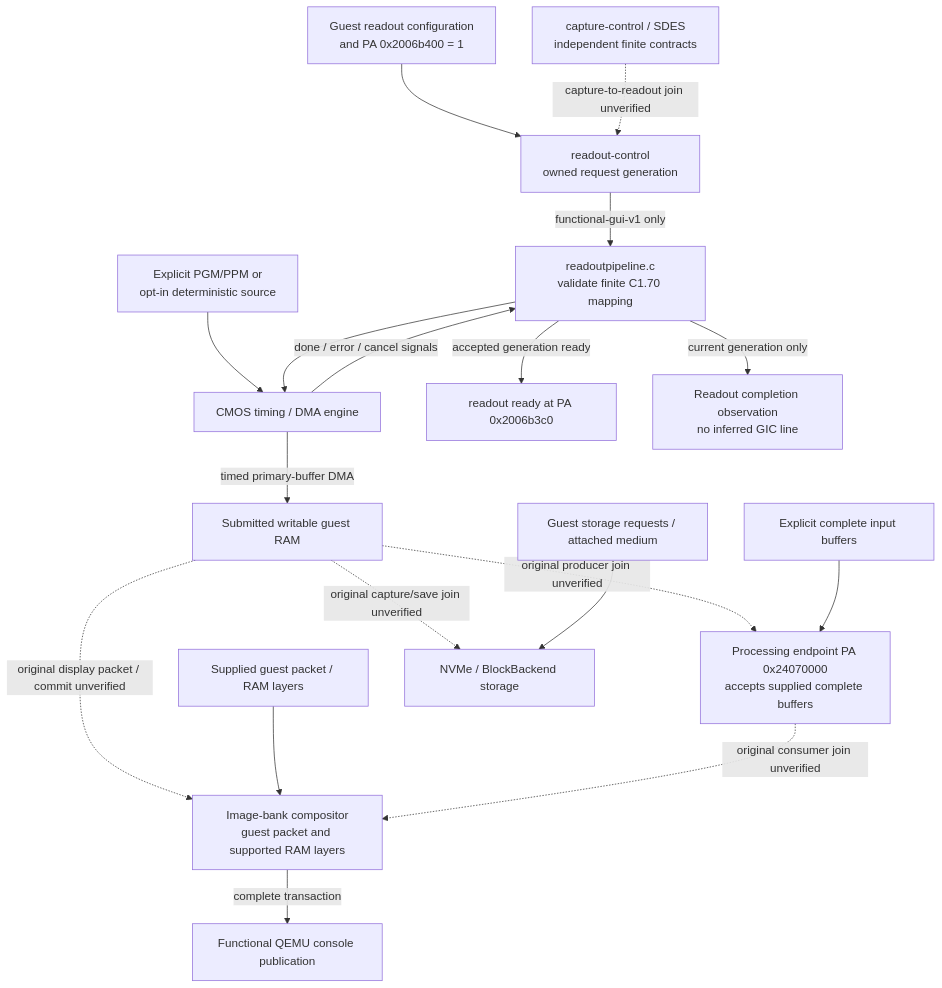
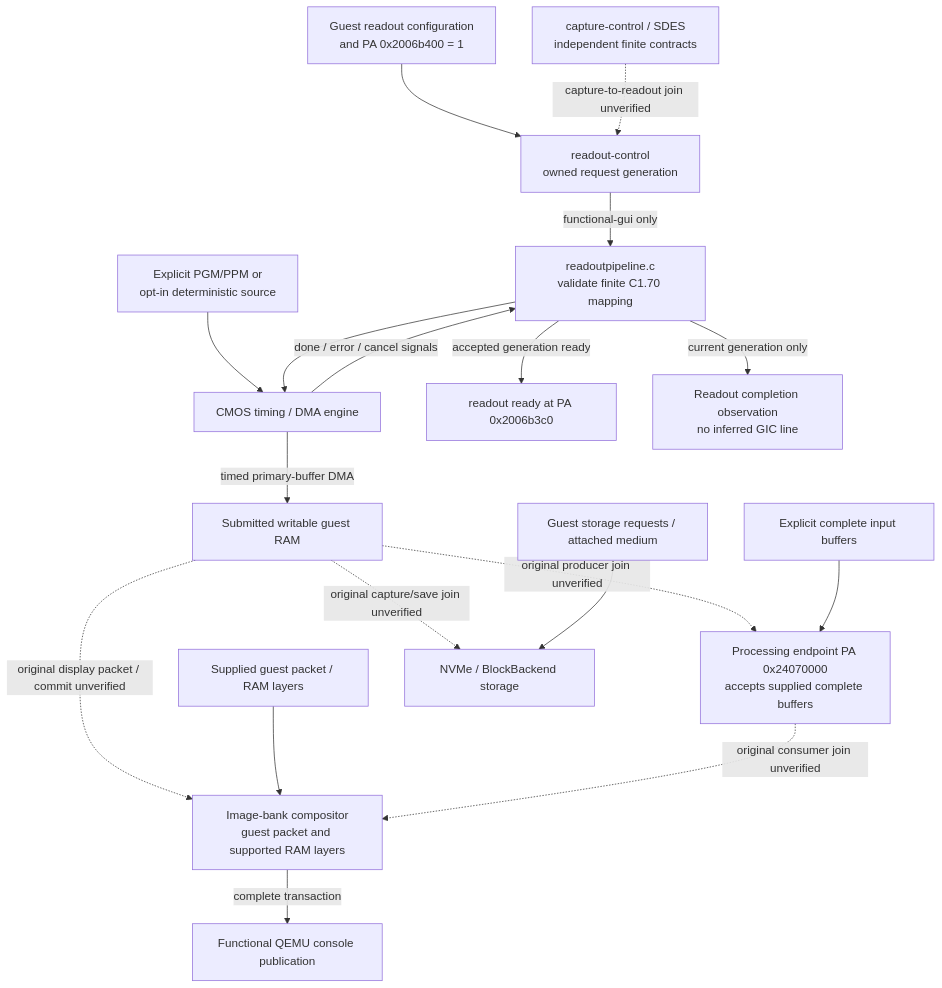
Before and after one commit to nightglasses/z7ii-qemu: the fifth of 6 diagrams in docs/architecture.md, drawn with Mermaid. The commit also changed other lines of this file and 24 other files, not shown here.

````diff
--- a/docs/architecture.md
+++ b/docs/architecture.md
@@ -148,21 +148,21 @@
 ```mermaid
 flowchart TD
   Guest["Guest readout configuration<br/>and PA 0x2006b400 = 1"] --> Readout["readout-control<br/>owned request generation"]
-  Readout -->|"functional-gui-v1 only"| Pipeline["readoutpipeline.c<br/>validate finite C1.70 mapping"]
+  Readout -->|"functional-gui only"| Pipeline["readoutpipeline.c<br/>validate finite C1.70 mapping"]
   Image["Explicit PGM/PPM or<br/>opt-in deterministic source"] --> CMOS["CMOS timing / DMA engine"]
   Pipeline --> CMOS
   CMOS -->|"timed primary-buffer DMA"| RAM["Submitted writable guest RAM"]
   Pipeline -->|"accepted generation ready"| Ready["readout ready at PA 0x2006b3c0"]
   CMOS -->|"done / error / cancel signals"| Pipeline
   Pipeline -->|"current generation only"| Completion["Readout completion observation<br/>no inferred GIC line"]
   Capture["capture-control / SDES<br/>independent finite contracts"] -. "capture-to-readout join unverified" .-> Readout
 
   RAM -. "original producer join unverified" .-> Process["Processing endpoint PA 0x24070000<br/>accepts supplied complete buffers"]
   Supplied["Explicit complete input buffers"] --> Process
   RAM -. "original display packet / commit unverified" .-> Compose["Image-bank compositor<br/>guest packet and supported RAM layers"]
   DisplaySources["Supplied guest packet / RAM layers"] --> Compose
   Process -. "original consumer join unverified" .-> Compose
   Compose -->|"complete transaction"| Console["Functional QEMU console publication"]
   RAM -. "original capture/save join unverified" .-> Save["NVMe / BlockBackend storage"]
   StorageRequests["Guest storage requests / attached medium"] --> Save
 ```
````
